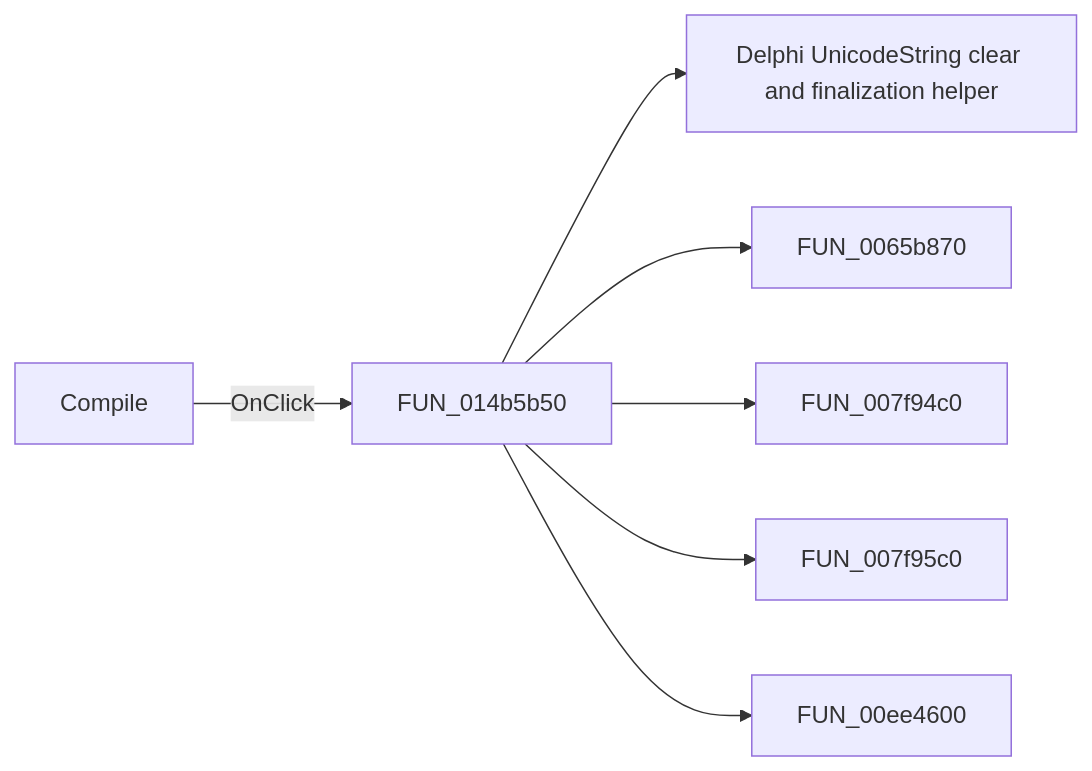
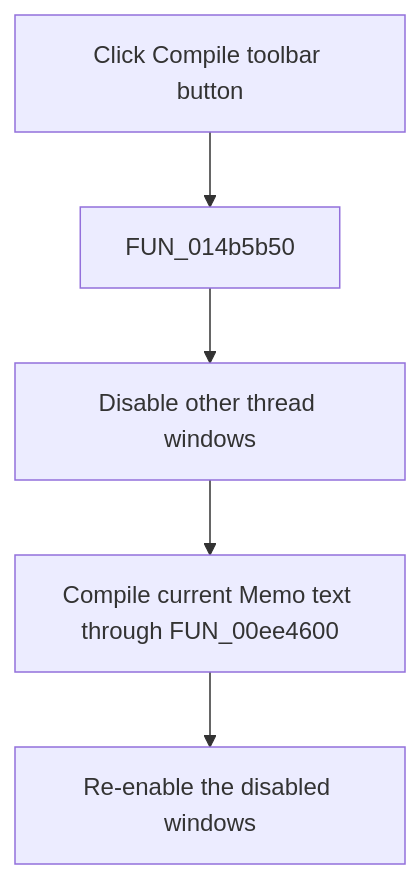
Before and after one commit to MovGP0/TIARA: the diagram in docs/ui-controls/netlistviewer/compilebutton-b22f1e21f1.md, drawn with Mermaid. The commit also changed other lines of this file and 1062 other files, not shown here.

````diff
--- a/docs/ui-controls/netlistviewer/compilebutton-b22f1e21f1.md
+++ b/docs/ui-controls/netlistviewer/compilebutton-b22f1e21f1.md
@@ -27,9 +27,7 @@
 ```mermaid
-flowchart LR
-    control["Compile"] -->|OnClick| handler["FUN_014b5b50"]
-    handler --> call1["Delphi UnicodeString clear and finalization helper"]
-    handler --> call2["FUN_0065b870"]
-    handler --> call3["FUN_007f94c0"]
-    handler --> call4["FUN_007f95c0"]
-    handler --> call5["FUN_00ee4600"]
+flowchart TD
+    control["Click Compile toolbar button"] --> handler["FUN_014b5b50"]
+    handler --> guard["Disable other thread windows"]
+    guard --> compile["Compile current Memo text through FUN_00ee4600"]
+    compile --> restore["Re-enable the disabled windows"]
 ```
````
